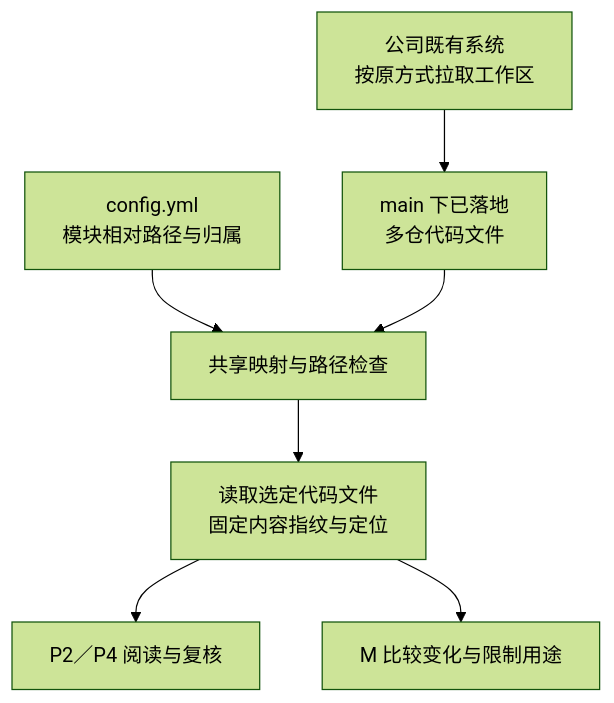
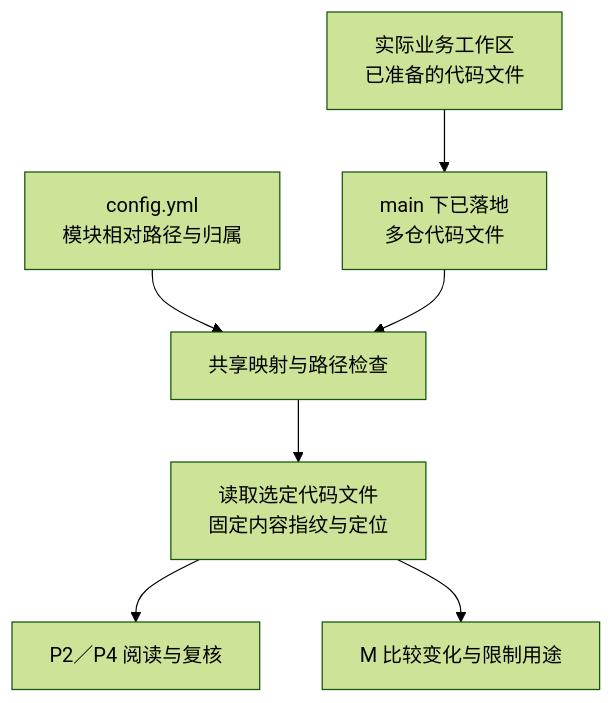
One commit to Robin-hhc/FactumCore changed diagram 20 of 20 in aiotbot-knowledge-wifi-mp/docs-llm-wiki/知识库详细设计.md. Above: the diagram before and after it, drawn with Mermaid (forest theme). The commit also changed other lines of this file and 21 other files, not shown here.

````diff
--- a/aiotbot-knowledge-wifi-mp/docs-llm-wiki/知识库详细设计.md
+++ b/aiotbot-knowledge-wifi-mp/docs-llm-wiki/知识库详细设计.md
@@ -867,9 +869,9 @@
 ```mermaid
 flowchart TD
-    VIEW["公司既有系统<br/>按原方式拉取工作区"] --> CHECKOUT["main 下已落地<br/>多仓代码文件"]
+    VIEW["实际业务工作区<br/>已准备的代码文件"] --> CHECKOUT["main 下已落地<br/>多仓代码文件"]
     CONFIG["config.yml<br/>模块相对路径与归属"] --> MAP["共享映射与路径检查"]
     CHECKOUT --> MAP
     MAP --> FILES["读取选定代码文件<br/>固定内容指纹与定位"]
     FILES --> READ["P2／P4 阅读与复核"]
     FILES --> CHANGE["M 比较变化与限制用途"]
 ```
````
